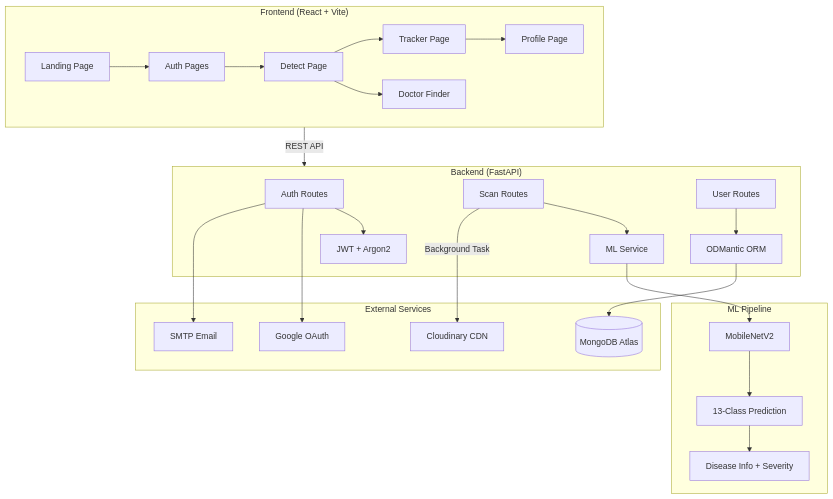
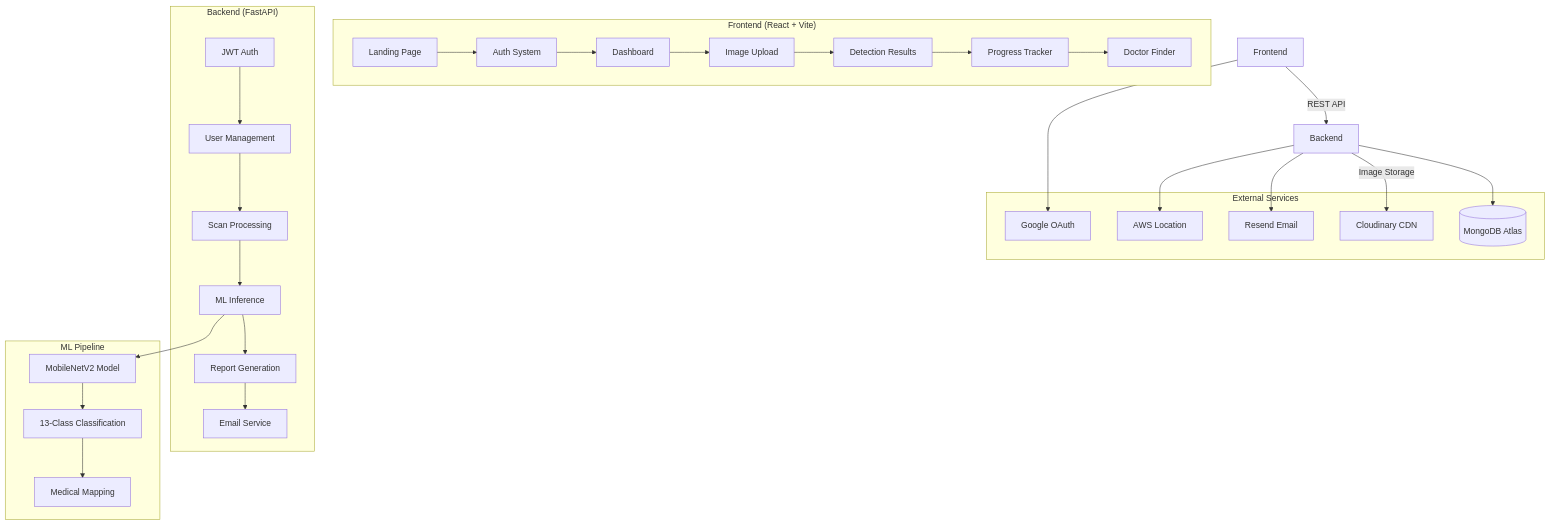
One commit to prince-0045/SkinAi changed the second of 2 diagrams in README.md. Above: the diagram before and after it, drawn with Mermaid. The commit also changed other lines of this file and 32 other files, not shown here.

````diff
--- a/README.md
+++ b/README.md
@@ -17,35 +86,40 @@
 ```mermaid
 graph TB
-    subgraph Frontend["Frontend (React + Vite)"]
-        A[Landing Page] --> B[Auth Pages]
-        B --> C[Detect Page]
-        C --> D[Tracker Page]
-        D --> E[Profile Page]
-        C --> F[Doctor Finder]
+    subgraph "Frontend (React + Vite)"
+        A[Landing Page] --> B[Auth System]
+        B --> C[Dashboard]
+        C --> D[Image Upload]
+        D --> E[Detection Results]
+        E --> F[Progress Tracker]
+        F --> G[Doctor Finder]
     end
 
-    subgraph Backend["Backend (FastAPI)"]
-        G[Auth Routes] --> H[JWT + Argon2]
-        I[Scan Routes] --> J[ML Service]
-        K[User Routes] --> L[ODMantic ORM]
+    subgraph "Backend (FastAPI)"
+        H[JWT Auth] --> I[User Management]
+        I --> J[Scan Processing]
+        J --> K[ML Inference]
+        K --> L[Report Generation]
+        L --> M[Email Service]
     end
 
-    subgraph ML["ML Pipeline"]
-        J --> M[MobileNetV2]
-        M --> N[13-Class Prediction]
-        N --> O[Disease Info + Severity]
+    subgraph "ML Pipeline"
+        K --> N[MobileNetV2 Model]
+        N --> O[13-Class Classification]
+        O --> P[Medical Mapping]
     end
 
-    subgraph External["External Services"]
-        P[(MongoDB Atlas)]
-        Q[Cloudinary CDN]
-        R[Google OAuth]
-        S[SMTP Email]
+    subgraph "External Services"
+        Q[(MongoDB Atlas)]
+        R[Cloudinary CDN]
+        S[Google OAuth]
+        T[Resend Email]
+        U[AWS Location]
     end
 
     Frontend -->|REST API| Backend
-    L --> P
-    I -->|Background Task| Q
-    G --> R
-    G --> S
+    Backend --> Q
+    Backend -->|Image Storage| R
+    Frontend --> S
+    Backend --> T
+    Backend --> U
 ```
````
